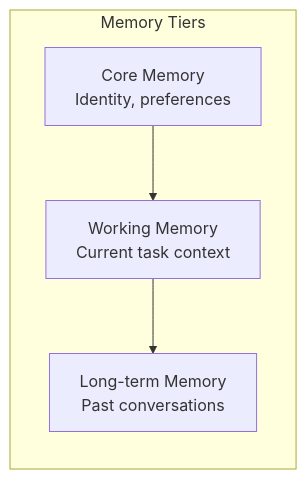
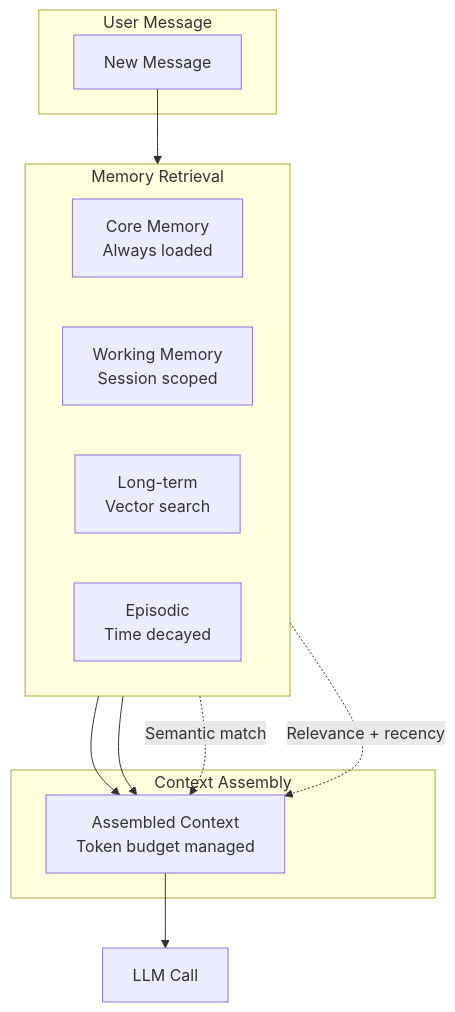
Before and after one commit to languageseed/hello_world: the third of 5 diagrams in content/2026-01-13-valet-agent-platform.md, drawn with Mermaid. The commit also changed other lines of this file and 2 other files, not shown here.

Commit message:
Enhance Valet Agent Platform: add UI screenshot, more diagrams, skills/memory/propulsion details

````diff
--- a/content/2026-01-13-valet-agent-platform.md
+++ b/content/2026-01-13-valet-agent-platform.md
@@ -128,10 +178,25 @@
 ```mermaid
-flowchart LR
-    subgraph Memory["Memory Tiers"]
-        A[Core Memory<br/>Identity, preferences]
-        B[Working Memory<br/>Current task context]
-        C[Long-term Memory<br/>Past conversations]
+flowchart TB
+    subgraph Input["User Message"]
+        M[New Message]
     end
     
-    A --> B --> C
+    subgraph Retrieval["Memory Retrieval"]
+        direction LR
+        C[Core Memory<br/>Always loaded]
+        W[Working Memory<br/>Session scoped]
+        L[Long-term<br/>Vector search]
+        E[Episodic<br/>Time decayed]
+    end
+    
+    subgraph Assembly["Context Assembly"]
+        CTX[Assembled Context<br/>Token budget managed]
+    end
+    
+    M --> Retrieval
+    C --> CTX
+    W --> CTX
+    L -.->|Semantic match| CTX
+    E -.->|Relevance + recency| CTX
+    CTX --> LLM[LLM Call]
 ```
````
